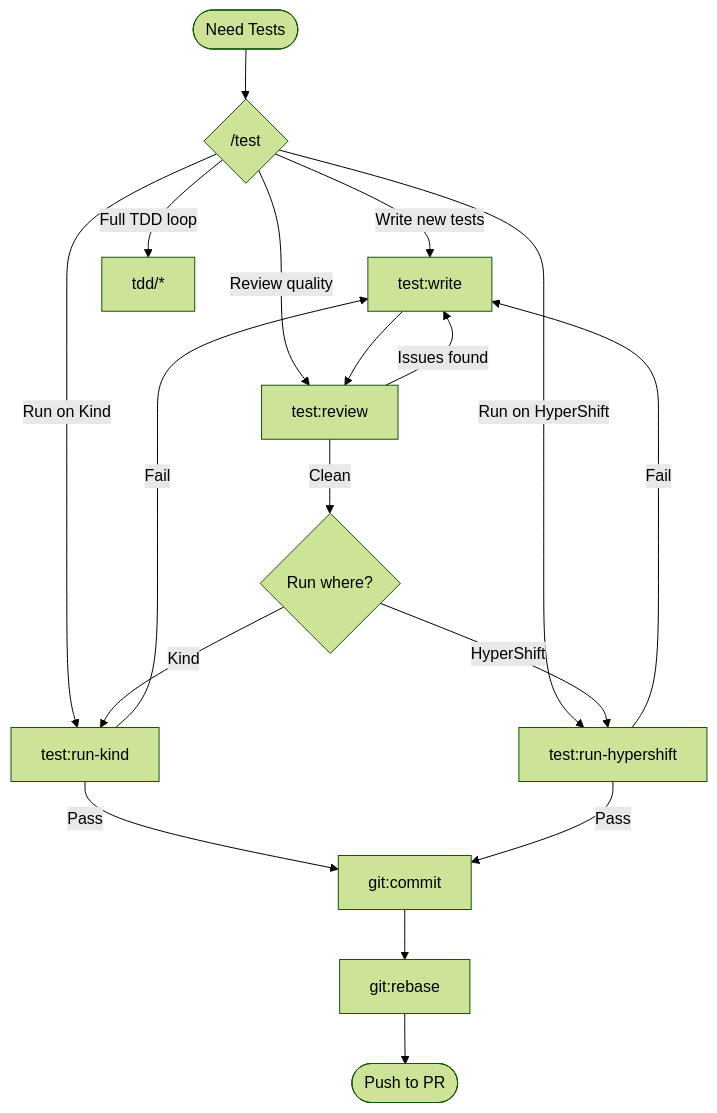
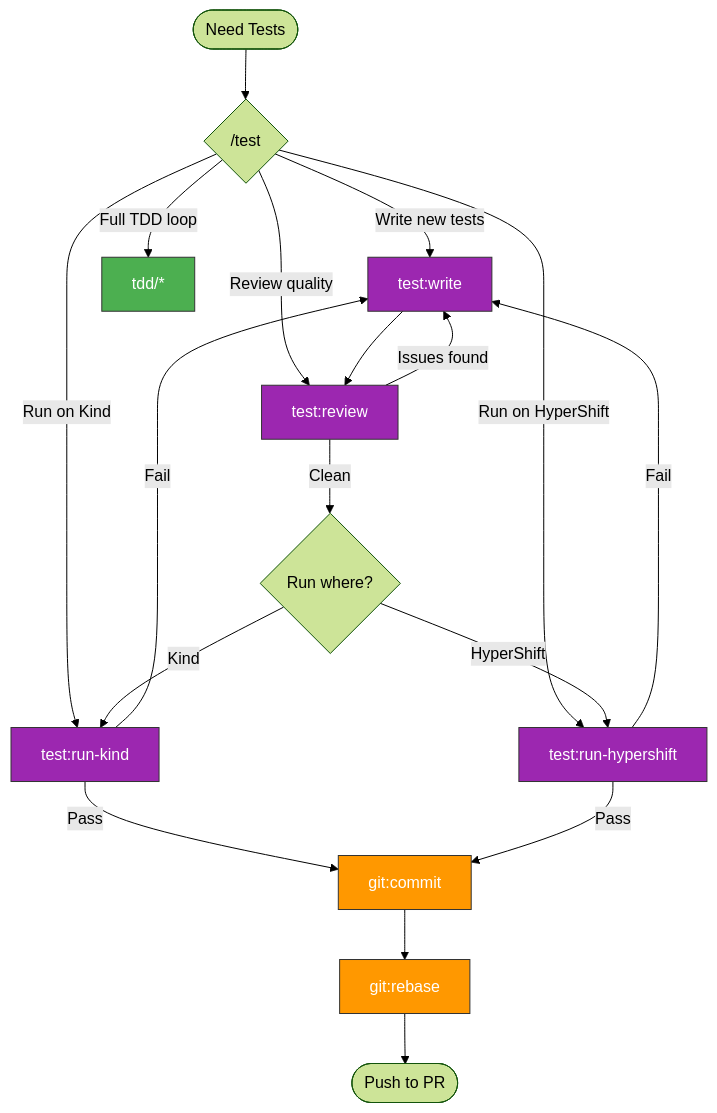
Before and after one commit to pdettori/kagenti: the second of 8 diagrams in .claude/skills/README.md, drawn with Mermaid (forest theme). The commit also changed other lines of this file and 13 other files, not shown here.

First line of the commit message:
🌱 Add TOC, color-coded diagrams, cross-links, and review fixes

````diff
--- a/.claude/skills/README.md
+++ b/.claude/skills/README.md
@@ -54,21 +92,25 @@
 ```mermaid
 flowchart TD
     START([Need Tests]) --> TEST{"/test"}
-    TEST -->|Write new tests| WRITE["test:write"]
-    TEST -->|Review quality| REVIEW["test:review"]
-    TEST -->|Run on Kind| RUNKIND["test:run-kind"]
-    TEST -->|Run on HyperShift| RUNHS["test:run-hypershift"]
-    TEST -->|Full TDD loop| TDD["tdd/*"]
+    TEST -->|Write new tests| WRITE["test:write"]:::test
+    TEST -->|Review quality| REVIEW["test:review"]:::test
+    TEST -->|Run on Kind| RUNKIND["test:run-kind"]:::test
+    TEST -->|Run on HyperShift| RUNHS["test:run-hypershift"]:::test
+    TEST -->|Full TDD loop| TDD["tdd/*"]:::tdd
 
     WRITE --> REVIEW
     REVIEW -->|Issues found| WRITE
     REVIEW -->|Clean| RUN{Run where?}
     RUN -->|Kind| RUNKIND
     RUN -->|HyperShift| RUNHS
-    RUNKIND -->|Pass| COMMIT["git:commit"]
+    RUNKIND -->|Pass| COMMIT["git:commit"]:::git
     RUNHS -->|Pass| COMMIT
     RUNKIND -->|Fail| WRITE
     RUNHS -->|Fail| WRITE
-    COMMIT --> REBASE["git:rebase"]
+    COMMIT --> REBASE["git:rebase"]:::git
     REBASE --> PUSH([Push to PR])
+
+    classDef tdd fill:#4CAF50,stroke:#333,color:white
+    classDef test fill:#9C27B0,stroke:#333,color:white
+    classDef git fill:#FF9800,stroke:#333,color:white
 ```
````
